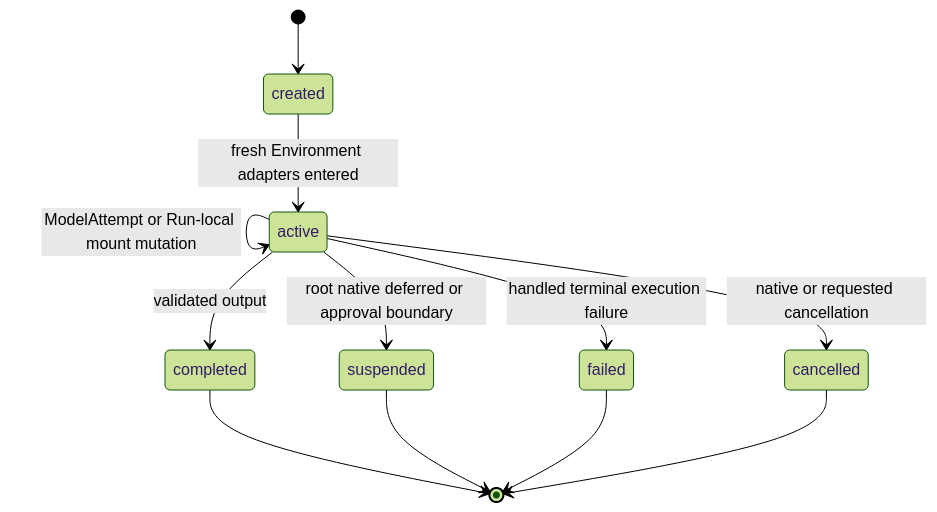
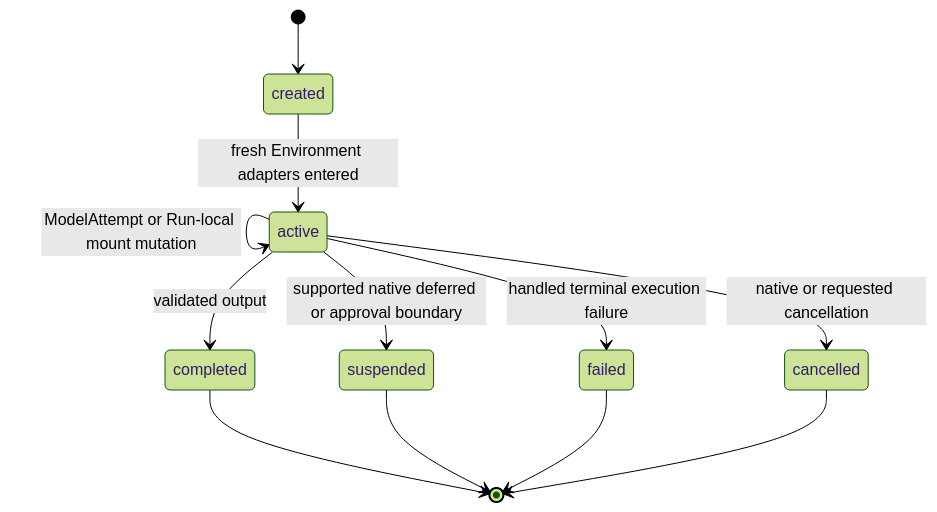
One commit to LTThreeComma/agent-foundation changed the first of 2 diagrams in spec/a13n-harness/06-execution-context-and-lifecycle.md. Above: the diagram before and after it, drawn with Mermaid (forest theme). The commit also changed other lines of this file and 93 other files, not shown here.

````diff
--- a/spec/a13n-harness/06-execution-context-and-lifecycle.md
+++ b/spec/a13n-harness/06-execution-context-and-lifecycle.md
@@ -69,14 +69,14 @@
 ```mermaid
 stateDiagram-v2
     [*] --> created
     created --> active: fresh Environment adapters entered
     active --> active: ModelAttempt or Run-local mount mutation
     active --> completed: validated output
-    active --> suspended: root native deferred or approval boundary
+    active --> suspended: supported native deferred or approval boundary
     active --> failed: handled terminal execution failure
     active --> cancelled: native or requested cancellation
     completed --> [*]
     suspended --> [*]
     failed --> [*]
     cancelled --> [*]
 ```
````
